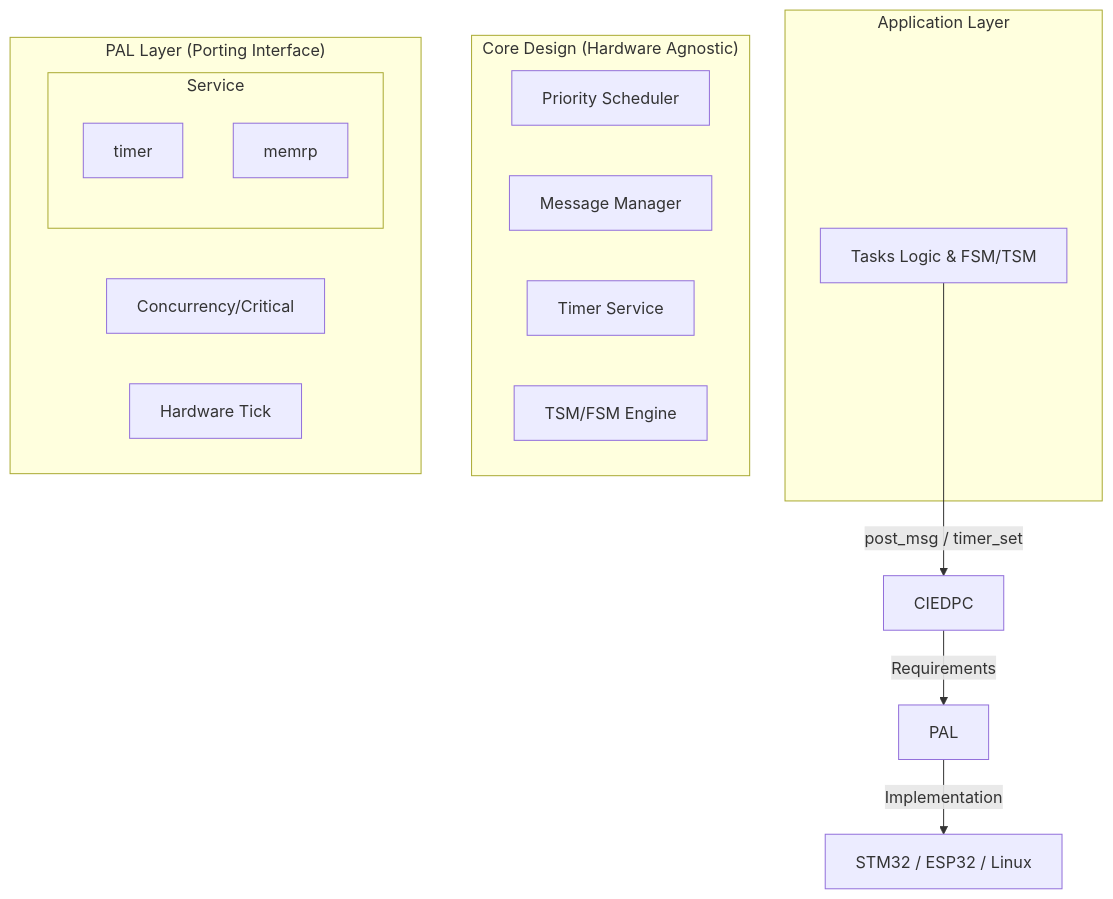
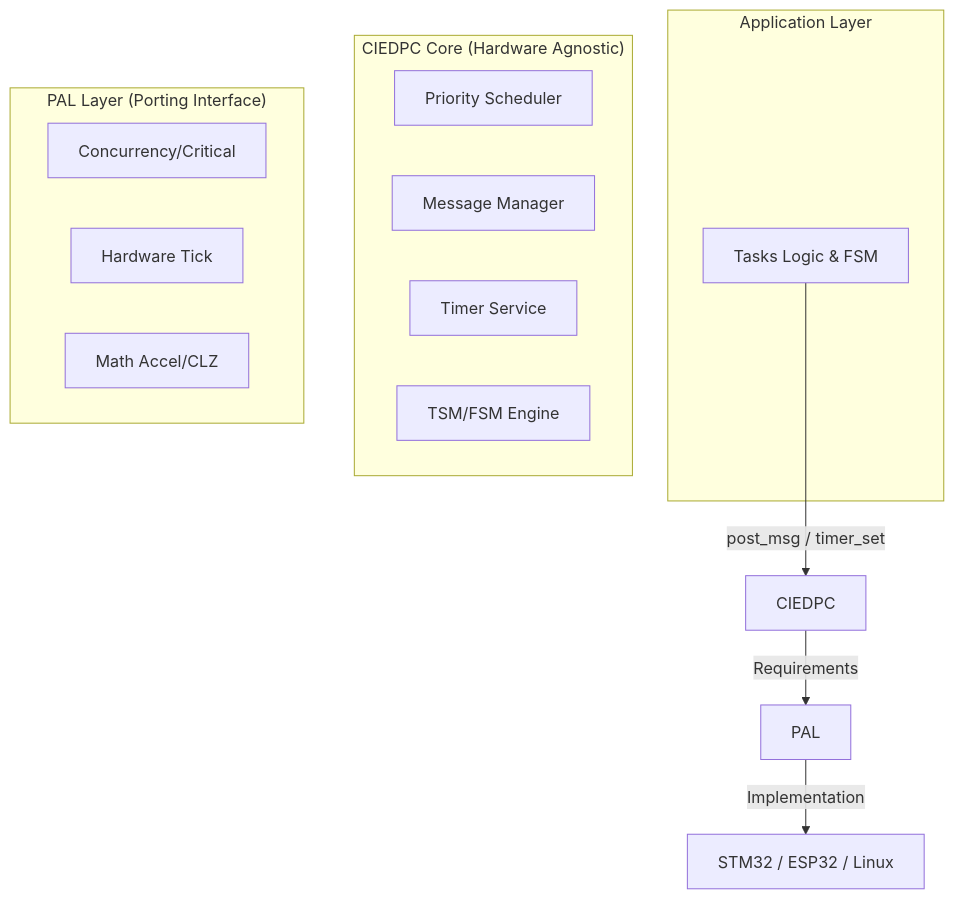
Before and after one commit to 1811htsang/CIEDPC-Custom-Independent-Event-Driven-Programming-Core: the diagram in README.md, drawn with Mermaid.

Commit message:
docs(README): Revise application layer and core design in README mermaid
Updated the application layer and core design sections in the diagram.

````diff
--- a/README.md
+++ b/README.md
@@ -28,26 +28,23 @@
 ```mermaid
 graph TD
     subgraph "Application Layer"
-        App[Tasks Logic & FSM/TSM]
+        App[Tasks Logic & FSM]
     end
 
-    subgraph "Core Design (Hardware Agnostic)"
-        Sched[Priority Scheduler]
+    subgraph "CIEDPC Core (Hardware Agnostic)"
+        Shed[Priority Scheduler]
         Msg[Message Manager]
-        CoreTimer[Timer Service]
+        Timer[Timer Service]
         SM[TSM/FSM Engine]
     end
 
     subgraph "PAL Layer (Porting Interface)"
         Sync[Concurrency/Critical]
         HWT[Hardware Tick]
-        subgraph "Service"
-            PalTimer[timer]
-            PalMemrp[memrp]
-        end
+        Math[Math Accel/CLZ]
     end
 
     App -->|post_msg / timer_set| CIEDPC
     CIEDPC -->|Requirements| PAL
     PAL -->|Implementation| MCU[STM32 / ESP32 / Linux]
 ```
````
